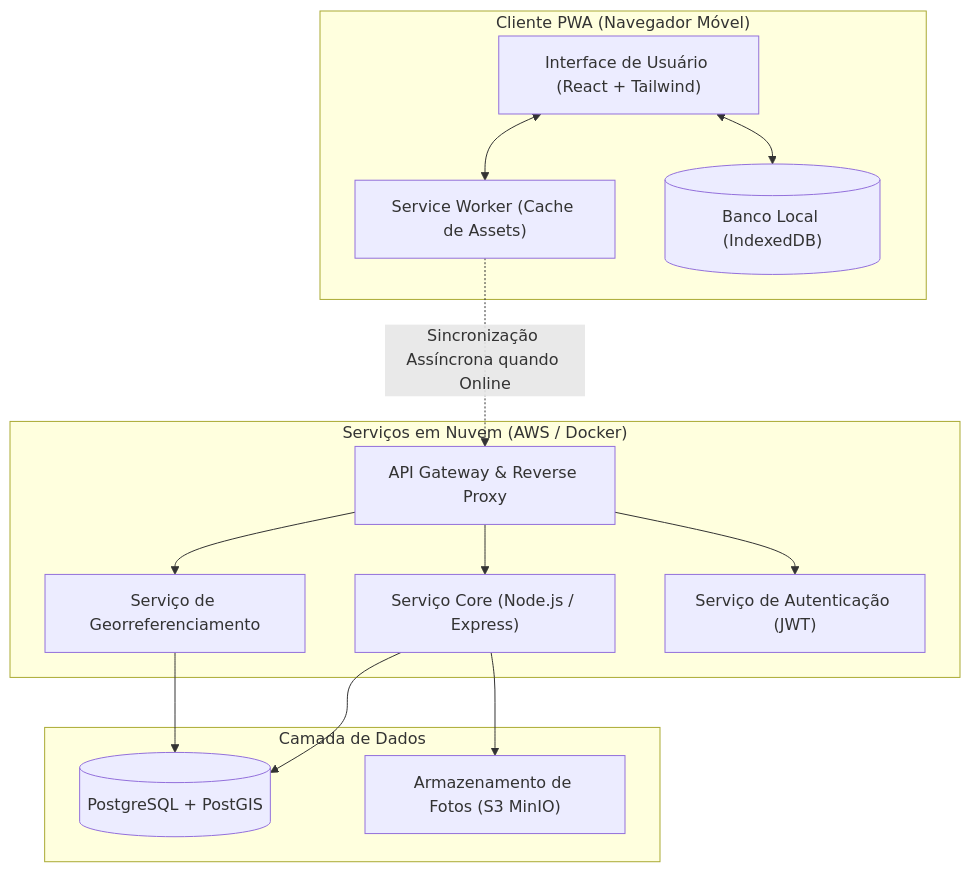
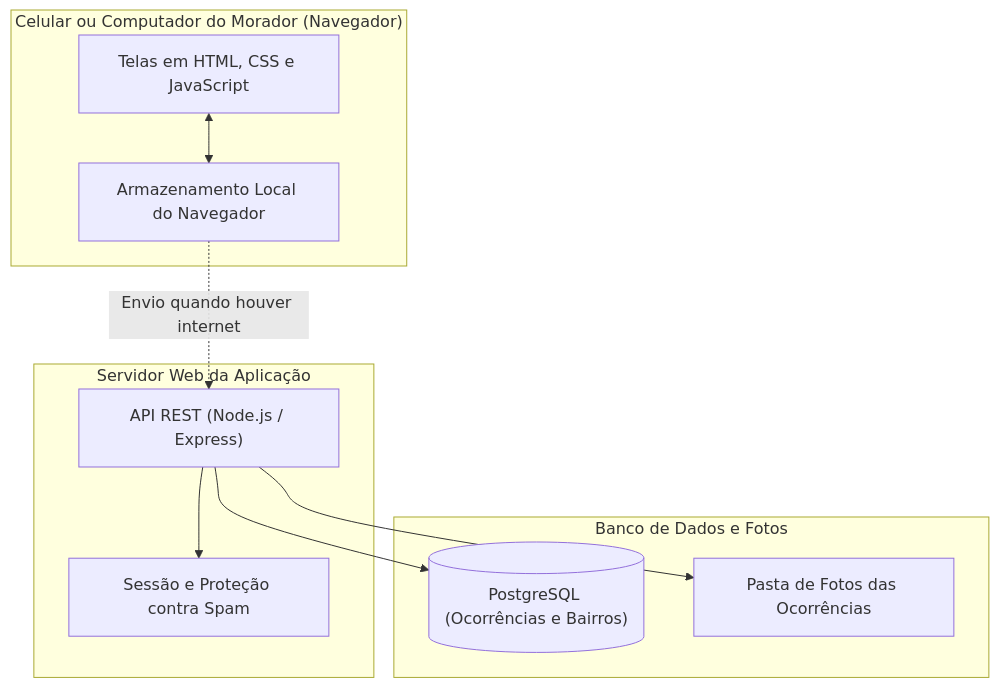
Before and after one commit to iGabrielCampos/Projeto_Integrador: the third of 3 diagrams in 07_relatorio/build/monografia_completa_abnt.md, drawn with Mermaid. The commit also changed other lines of this file and 47 other files, not shown here.

````diff
--- a/07_relatorio/build/monografia_completa_abnt.md
+++ b/07_relatorio/build/monografia_completa_abnt.md
@@ -580,30 +579,23 @@
 ```mermaid
 graph TB
-    subgraph Cliente ["Cliente PWA (Navegador Móvel)"]
-        UI["Interface de Usuário (React + Tailwind)"]
-        SW["Service Worker (Cache de Assets)"]
-        IDB[("Banco Local (IndexedDB)")]
-        UI <--> SW
-        UI <--> IDB
+    subgraph Cliente ["Celular ou Computador do Morador (Navegador)"]
+        UI["Telas em HTML, CSS e JavaScript"]
+        LOCAL["Armazenamento Local do Navegador"]
+        UI <--> LOCAL
     end
 
-    subgraph Backend ["Serviços em Nuvem (AWS / Docker)"]
-        API["API Gateway & Reverse Proxy"]
-        CORE["Serviço Core (Node.js / Express)"]
-        GEO["Serviço de Georreferenciamento"]
-        AUTH["Serviço de Autenticação (JWT)"]
-        API --> CORE
-        API --> GEO
+    subgraph Servidor ["Servidor Web da Aplicação"]
+        API["API REST (Node.js / Express)"]
+        AUTH["Sessão e Proteção contra Spam"]
         API --> AUTH
     end
 
-    subgraph Persistencia ["Camada de Dados"]
-        DB[("PostgreSQL + PostGIS")]
-        S3["Armazenamento de Fotos (S3 MinIO)"]
-        CORE --> DB
-        CORE --> S3
-        GEO --> DB
+    subgraph Dados ["Banco de Dados e Fotos"]
+        DB[("PostgreSQL (Ocorrências e Bairros)")]
+        FILES["Pasta de Fotos das Ocorrências"]
+        API --> DB
+        API --> FILES
     end
 
-    SW -.->|Sincronização Assíncrona quando Online| API
+    LOCAL -.->|Envio quando houver internet| API
 ```
````
